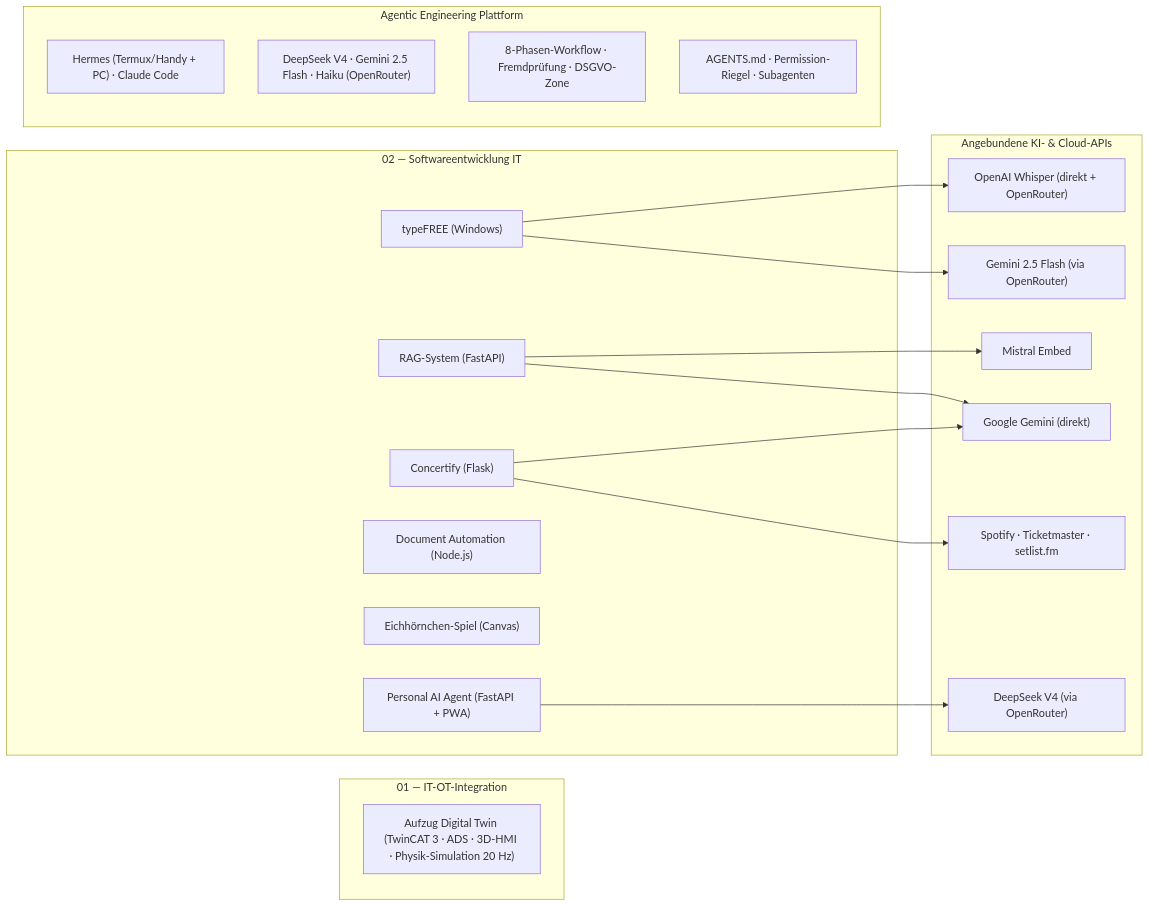
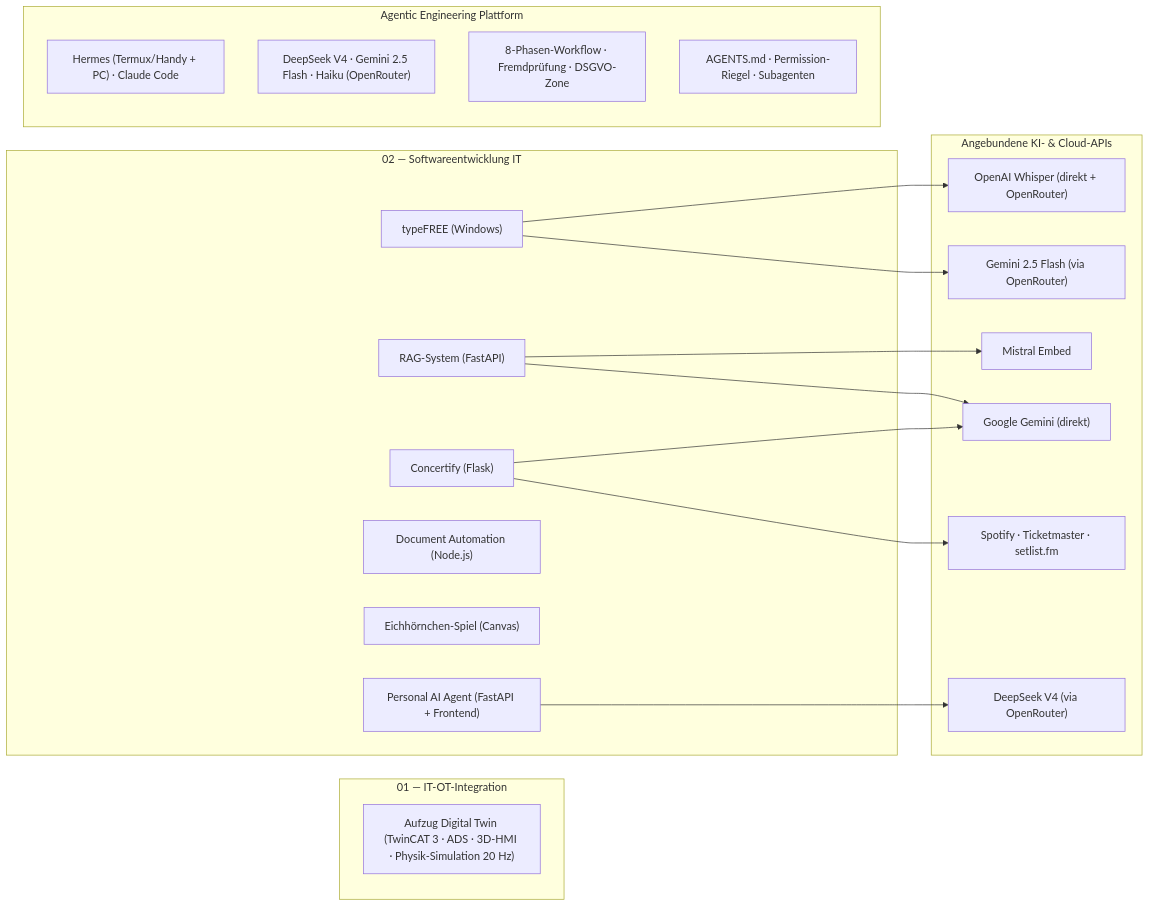
Before and after one commit to HeartledAgentEngineer/it-ot-agentic-engineering: the diagram in README.md, drawn with Mermaid. The commit also changed other lines of this file and 2 other files, not shown here.

Commit message:
docs(portfolio): 'PWA' aus den README-Dokumenten entfernt - Frontend ist ein Browser-Tab (keine installierte PWA/App); Stellen in personal_ai_agent/README, Root-README und Bereichs-README neutralisiert (docs)

````diff
--- a/README.md
+++ b/README.md
@@ -33,39 +33,39 @@
 ```mermaid
 graph LR
     subgraph OT["01 — IT-OT-Integration"]
         E["Aufzug Digital Twin (TwinCAT 3 · ADS · 3D-HMI · Physik-Simulation 20 Hz)"]
     end
 
     subgraph IT["02 — Softwareentwicklung IT"]
         C["Concertify (Flask)"]
         T["typeFREE (Windows)"]
         R["RAG-System (FastAPI)"]
         D["Document Automation (Node.js)"]
         S["Eichhörnchen-Spiel (Canvas)"]
-        P["Personal AI Agent (FastAPI + PWA)"]
+        P["Personal AI Agent (FastAPI + Frontend)"]
     end
 
     subgraph APIs["Angebundene KI- & Cloud-APIs"]
         WH["OpenAI Whisper (direkt + OpenRouter)"]
         G2F["Gemini 2.5 Flash (via OpenRouter)"]
         MB["Mistral Embed"]
         G2["Google Gemini (direkt)"]
         SP["Spotify · Ticketmaster · setlist.fm"]
         DS["DeepSeek V4 (via OpenRouter)"]
     end
 
     subgraph AE["Agentic Engineering Plattform"]
         CLI["Hermes (Termux/Handy + PC) · Claude Code"]
         MOD["DeepSeek V4 · Gemini 2.5 Flash · Haiku (OpenRouter)"]
         WF["8-Phasen-Workflow · Fremdprüfung · DSGVO-Zone"]
         GR["AGENTS.md · Permission-Riegel · Subagenten"]
     end
 
     C["Concertify (Flask)"] --> SP
     C --> G2
     T["typeFREE (Windows)"] --> WH
     T --> G2F
     R["RAG-System (FastAPI)"] --> G2
     R --> MB
-    P["Personal AI Agent (FastAPI + PWA)"] --> DS
+    P["Personal AI Agent (FastAPI + Frontend)"] --> DS
 ```
````
